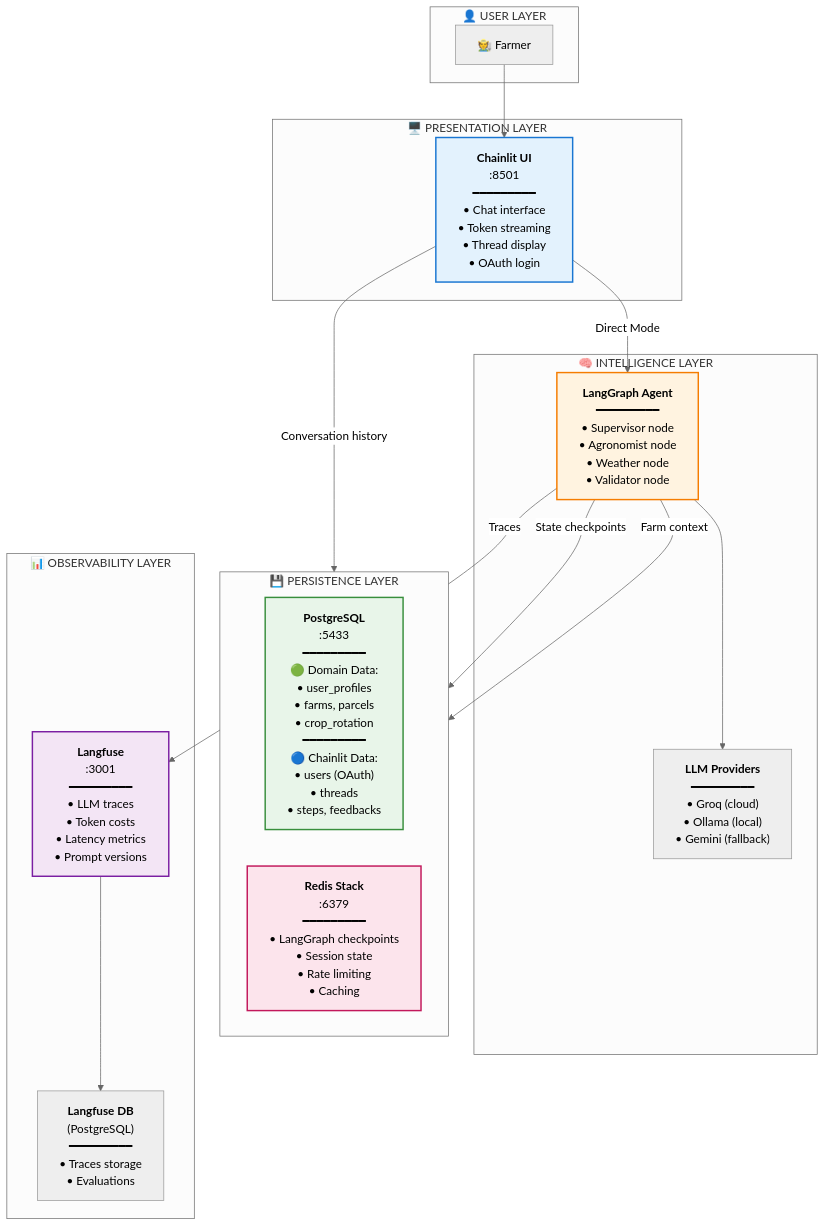
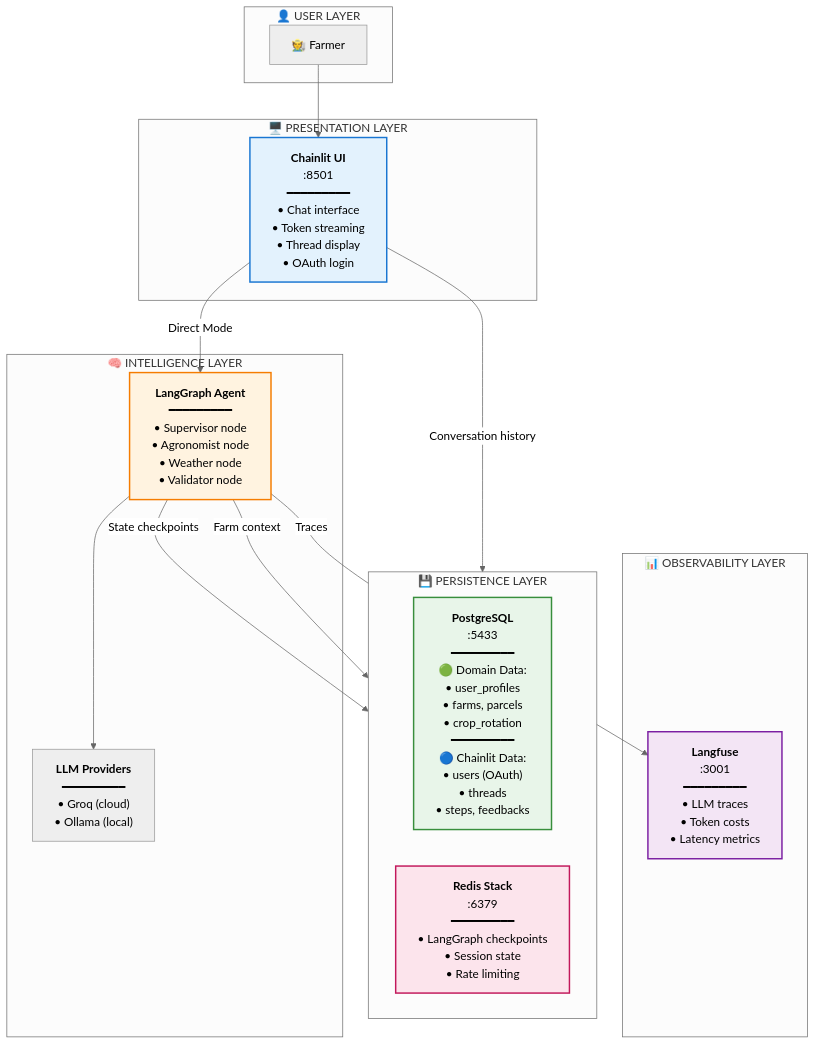
One commit to Px8Studio/yonja changed the first of 3 diagrams in docs/zekalab/03-ARCHITECTURE.md. Above: the diagram before and after it, drawn with Mermaid. The commit also changed other lines of this file and 21 other files, not shown here.

Commit message:
Refactor documentation: Remove outdated welcome UI analysis and update README for ALEM project overview and architecture details

````diff
--- a/docs/zekalab/03-ARCHITECTURE.md
+++ b/docs/zekalab/03-ARCHITECTURE.md
@@ -13,42 +9,40 @@
 ```mermaid
 %%{init: {'theme': 'neutral'}}%%
 flowchart TB
     subgraph user["👤 USER LAYER"]
         farmer["🧑‍🌾 Farmer"]
     end
 
     subgraph ui["🖥️ PRESENTATION LAYER"]
         chainlit["<b>Chainlit UI</b><br/>:8501<br/>━━━━━━━━━<br/>• Chat interface<br/>• Token streaming<br/>• Thread display<br/>• OAuth login"]
     end
 
     subgraph brain["🧠 INTELLIGENCE LAYER"]
         langgraph["<b>LangGraph Agent</b><br/>━━━━━━━━━<br/>• Supervisor node<br/>• Agronomist node<br/>• Weather node<br/>• Validator node"]
-        llm["<b>LLM Providers</b><br/>━━━━━━━━━<br/>• Groq (cloud)<br/>• Ollama (local)<br/>• Gemini (fallback)"]
+        llm["<b>LLM Providers</b><br/>━━━━━━━━━<br/>• Groq (cloud)<br/>• Ollama (local)"]
     end
 
     subgraph data["💾 PERSISTENCE LAYER"]
         direction LR
         postgres["<b>PostgreSQL</b><br/>:5433<br/>━━━━━━━━━<br/>🟢 Domain Data:<br/>• user_profiles<br/>• farms, parcels<br/>• crop_rotation<br/>━━━━━━━━━<br/>🔵 Chainlit Data:<br/>• users (OAuth)<br/>• threads<br/>• steps, feedbacks"]
-        redis["<b>Redis Stack</b><br/>:6379<br/>━━━━━━━━━<br/>• LangGraph checkpoints<br/>• Session state<br/>• Rate limiting<br/>• Caching"]
+        redis["<b>Redis Stack</b><br/>:6379<br/>━━━━━━━━━<br/>• LangGraph checkpoints<br/>• Session state<br/>• Rate limiting"]
     end
 
     subgraph observe["📊 OBSERVABILITY LAYER"]
-        langfuse["<b>Langfuse</b><br/>:3001<br/>━━━━━━━━━<br/>• LLM traces<br/>• Token costs<br/>• Latency metrics<br/>• Prompt versions"]
-        langfusedb["<b>Langfuse DB</b><br/>(PostgreSQL)<br/>━━━━━━━━━<br/>• Traces storage<br/>• Evaluations"]
+        langfuse["<b>Langfuse</b><br/>:3001<br/>━━━━━━━━━<br/>• LLM traces<br/>• Token costs<br/>• Latency metrics"]
     end
 
     farmer --> chainlit
     chainlit --> |"Direct Mode"| langgraph
     langgraph --> llm
     langgraph --> |"State checkpoints"| redis
     chainlit --> |"Conversation history"| postgres
     langgraph --> |"Farm context"| postgres
     langgraph --> |"Traces"| langfuse
-    langfuse --> langfusedb
 
     style chainlit fill:#e3f2fd,stroke:#1976d2,stroke-width:2px
     style langgraph fill:#fff3e0,stroke:#f57c00,stroke-width:2px
     style postgres fill:#e8f5e9,stroke:#388e3c,stroke-width:2px
     style redis fill:#fce4ec,stroke:#c2185b,stroke-width:2px
     style langfuse fill:#f3e5f5,stroke:#7b1fa2,stroke-width:2px
 ```
````
